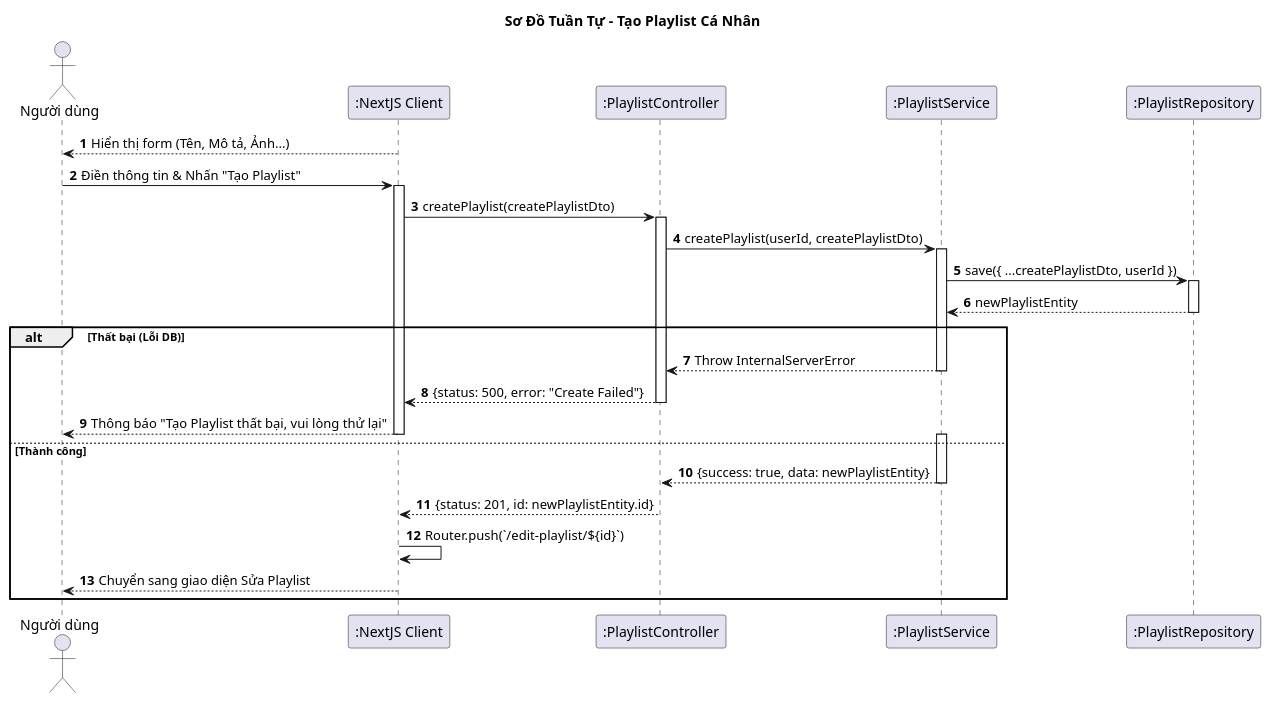
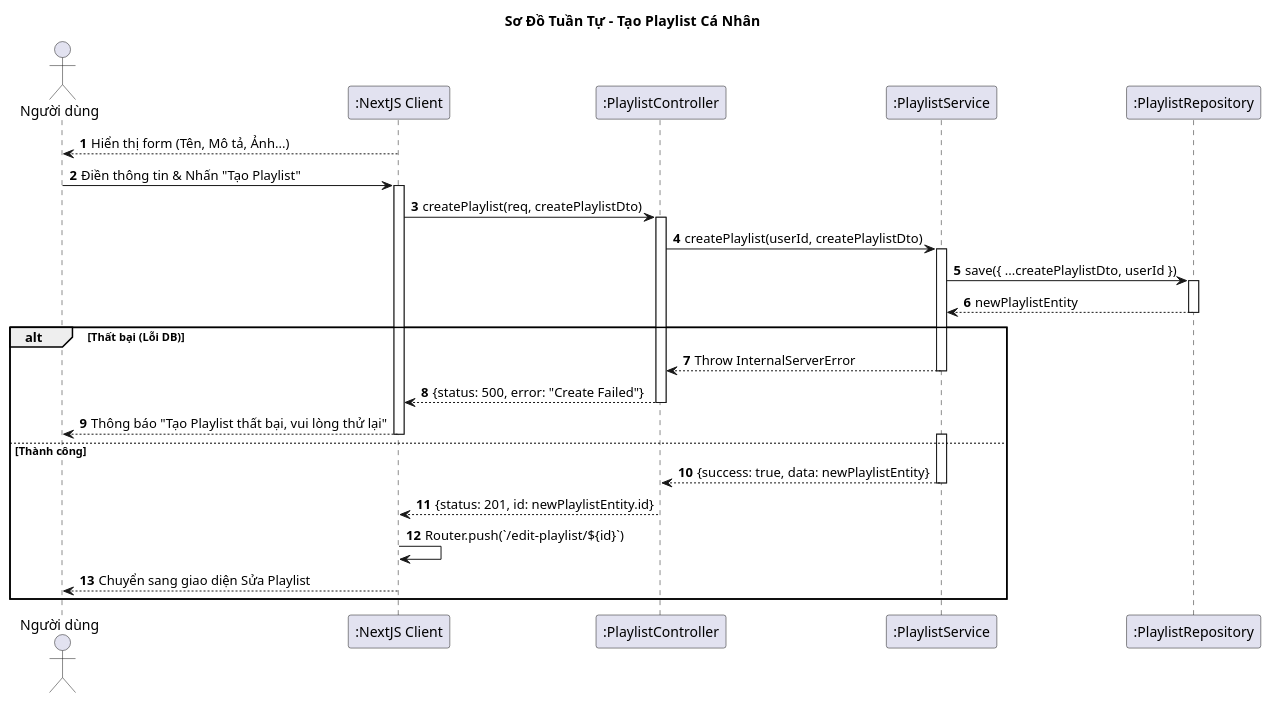
One commit to vinh047/soundwave changed the diagram in Diagrams/SequenceDiagram/CreatePlaylistSD.plantuml. Above: the diagram before and after it, drawn with PlantUML. The commit also changed 20 other files, not shown here.

```diff
--- a/Diagrams/SequenceDiagram/CreatePlaylistSD.plantuml
+++ b/Diagrams/SequenceDiagram/CreatePlaylistSD.plantuml
@@ -1,60 +1,60 @@
 @startuml Sequence Diagram - Tạo Playlist Cá Nhân
 
 title Sơ Đồ Tuần Tự - Tạo Playlist Cá Nhân 
 
 actor "Người dùng" as User
 participant ":NextJS Client" as UI
 participant ":PlaylistController" as Controller
 participant ":PlaylistService" as Service
 participant ":PlaylistRepository" as DB
 
 autonumber
 
 ' === BƯỚC 1: HIỂN THỊ FORM ===
 UI --> User: Hiển thị form (Tên, Mô tả, Ảnh...)
 
 ' === BƯỚC 2: GỬI YÊU CẦU ===
 User -> UI: Điền thông tin & Nhấn "Tạo Playlist"
 activate UI
 
 ' Dùng DTO
-UI -> Controller: createPlaylist(createPlaylistDto)
+UI -> Controller: createPlaylist(req, createPlaylistDto)
 activate Controller
 
 ' Lấy userId từ req.user
 Controller -> Service: createPlaylist(userId, createPlaylistDto)
 activate Service
 
 ' === BƯỚC 3: LƯU DB ===
 ' TypeORM: save(entity)
 Service -> DB: save({ ...createPlaylistDto, userId })
 activate DB
 DB --> Service: newPlaylistEntity
 deactivate DB
 
 alt Thất bại (Lỗi DB)
     Service --> Controller: Throw InternalServerError
     deactivate Service
     Controller --> UI: {status: 500, error: "Create Failed"}
     deactivate Controller
     
     UI --> User: Thông báo "Tạo Playlist thất bại, vui lòng thử lại"
     deactivate UI
 
 else Thành công
     ' Đã activate Service ở trên
     activate Service
     Service --> Controller: {success: true, data: newPlaylistEntity}
     deactivate Service
     
     Controller --> UI: {status: 201, id: newPlaylistEntity.id}
     deactivate Controller
     
     ' === BƯỚC 4: CHUYỂN GIAO DIỆN ===
     ' Client tự điều hướng
     UI -> UI: Router.push(`/edit-playlist/${id}`)
     
     UI --> User: Chuyển sang giao diện Sửa Playlist
     deactivate UI
 end
 @enduml
```
